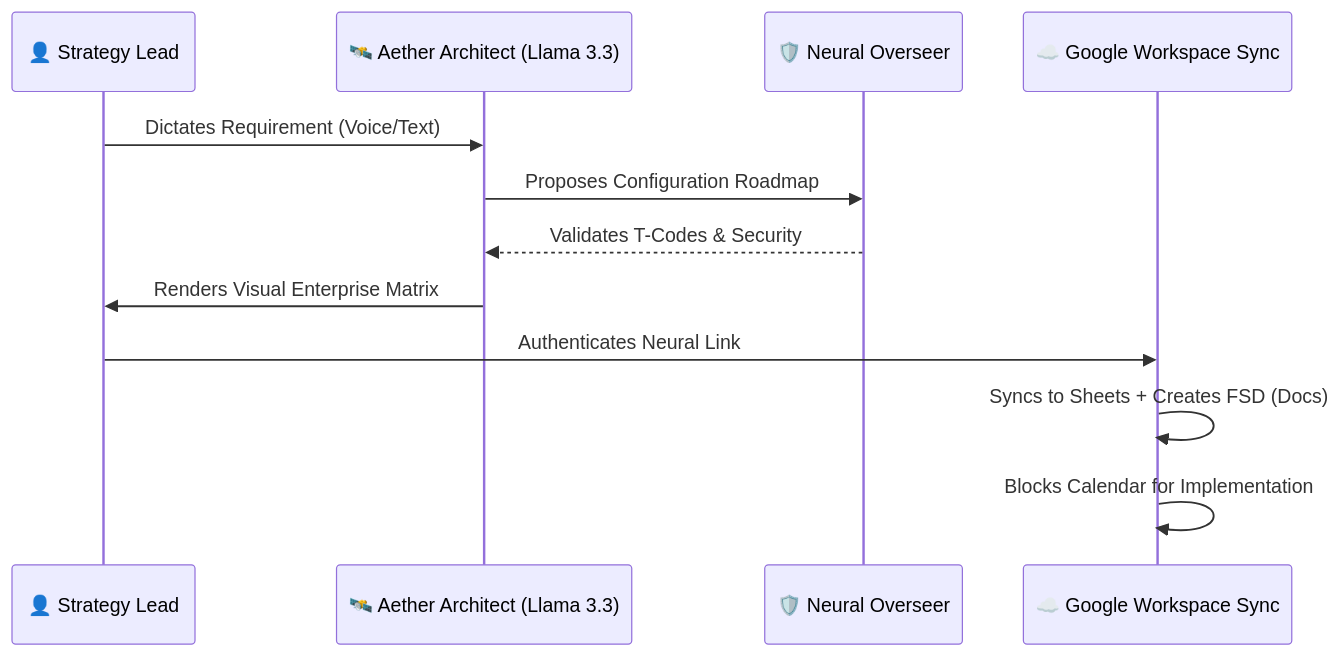
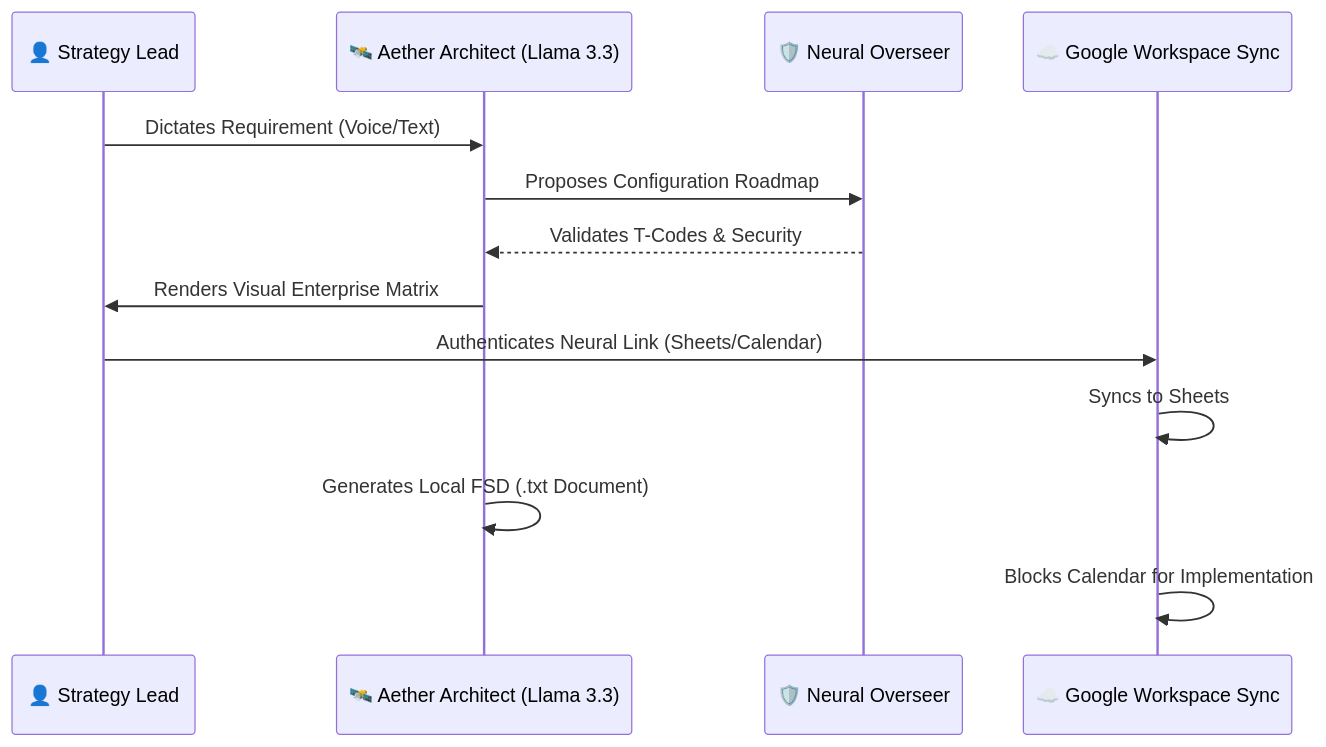
The diagram in README.md (harshshukla2016/SDAssist-The-Intelligent-S-4HANA-Configuration-Agent), drawn with Mermaid before and after one commit. The commit also changed other lines of this file, not shown here.

Commit message:
Docs: Updated README to reflect v10.0 architecture.

````diff
--- a/README.md
+++ b/README.md
@@ -31,15 +31,16 @@
 ```mermaid
 sequenceDiagram
     participant User as 👤 Strategy Lead
     participant Aether as 🛰️ Aether Architect (Llama 3.3)
     participant Overseer as 🛡️ Neural Overseer
     participant Google as ☁️ Google Workspace Sync
 
     User->>Aether: Dictates Requirement (Voice/Text)
     Aether->>Overseer: Proposes Configuration Roadmap
     Overseer-->>Aether: Validates T-Codes & Security
     Aether->>User: Renders Visual Enterprise Matrix
-    User->>Google: Authenticates Neural Link
-    Google->>Google: Syncs to Sheets + Creates FSD (Docs)
+    User->>Google: Authenticates Neural Link (Sheets/Calendar)
+    Google->>Google: Syncs to Sheets
+    Aether->>Aether: Generates Local FSD (.txt Document)
     Google->>Google: Blocks Calendar for Implementation
 ```
````
